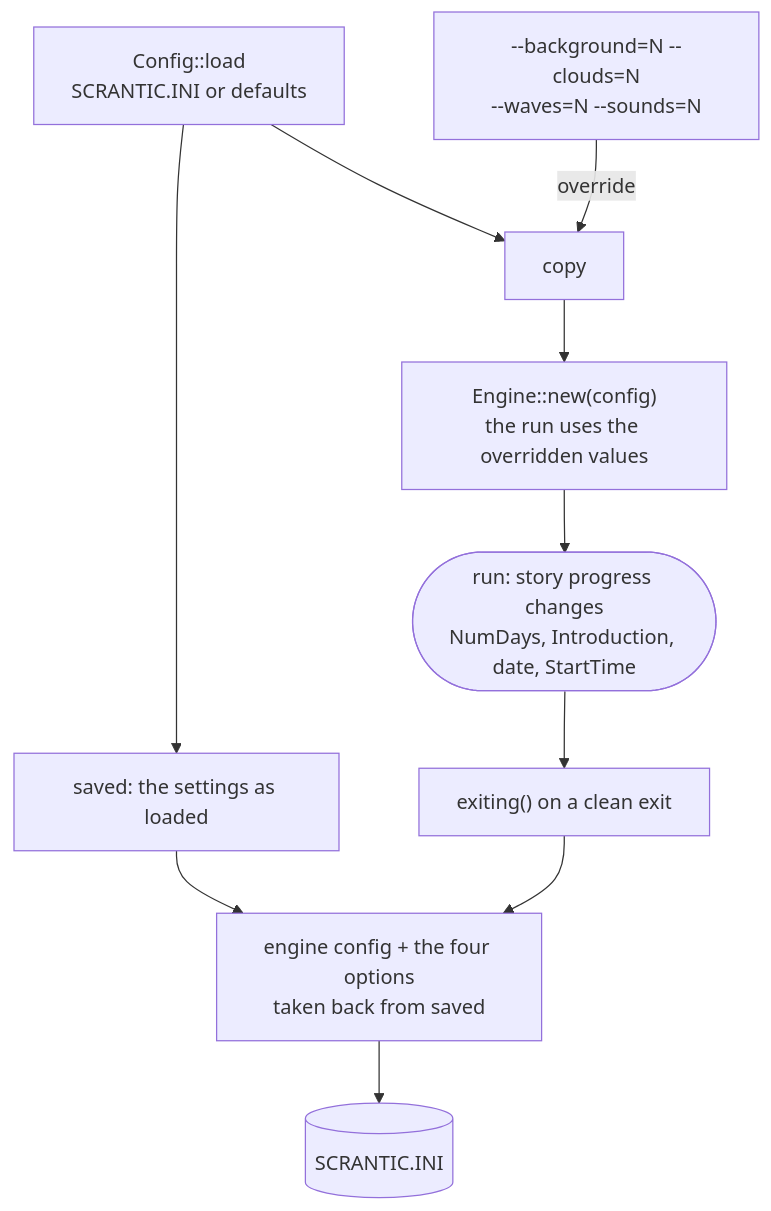
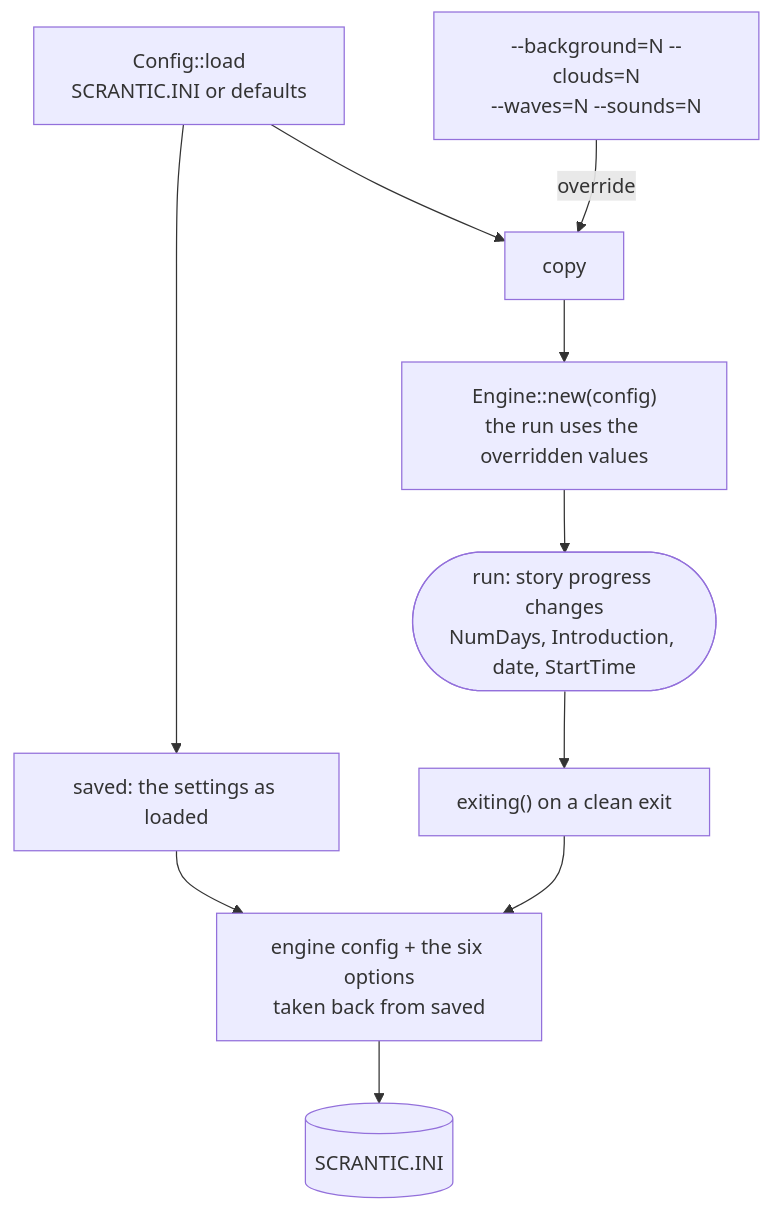
Diagram 13 of 13 in docs/DIAGRAMS.md (glauberlima/open-scrantic), drawn with Mermaid before and after one commit. The commit also changed other lines of this file and 8 other files, not shown here.

````diff
--- a/docs/DIAGRAMS.md
+++ b/docs/DIAGRAMS.md
@@ -351,13 +351,13 @@
 ```mermaid
 flowchart TD
     L["Config::load<br/>SCRANTIC.INI or defaults"] --> SV["saved: the settings as loaded"]
     L --> CP["copy"]
     CLI["--background=N --clouds=N<br/>--waves=N --sounds=N"] -->|"override"| CP
     CP --> ENG["Engine::new(config)<br/>the run uses the overridden values"]
 
     ENG --> RUN(["run: story progress changes<br/>NumDays, Introduction, date, StartTime"])
     RUN --> EXIT["exiting() on a clean exit"]
-    EXIT --> W["engine config + the four options<br/>taken back from saved"]
+    EXIT --> W["engine config + the six options<br/>taken back from saved"]
     SV --> W
     W --> FILE[("SCRANTIC.INI")]
 ```
````
